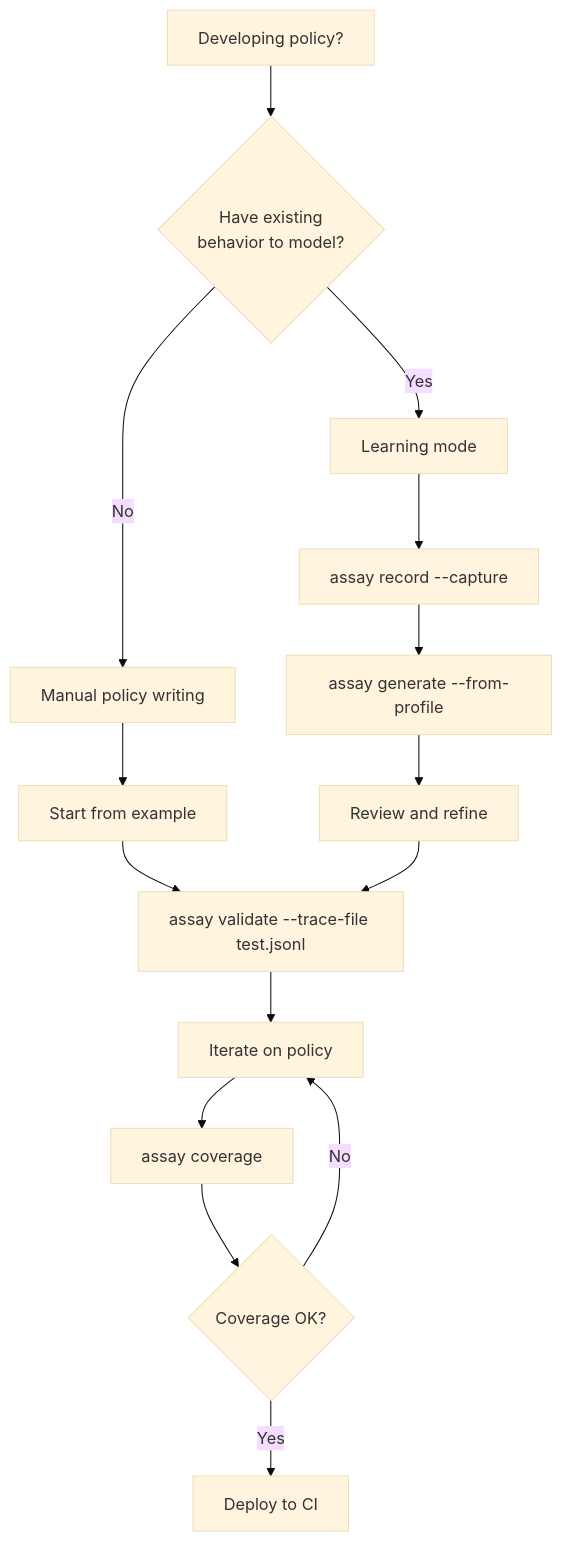
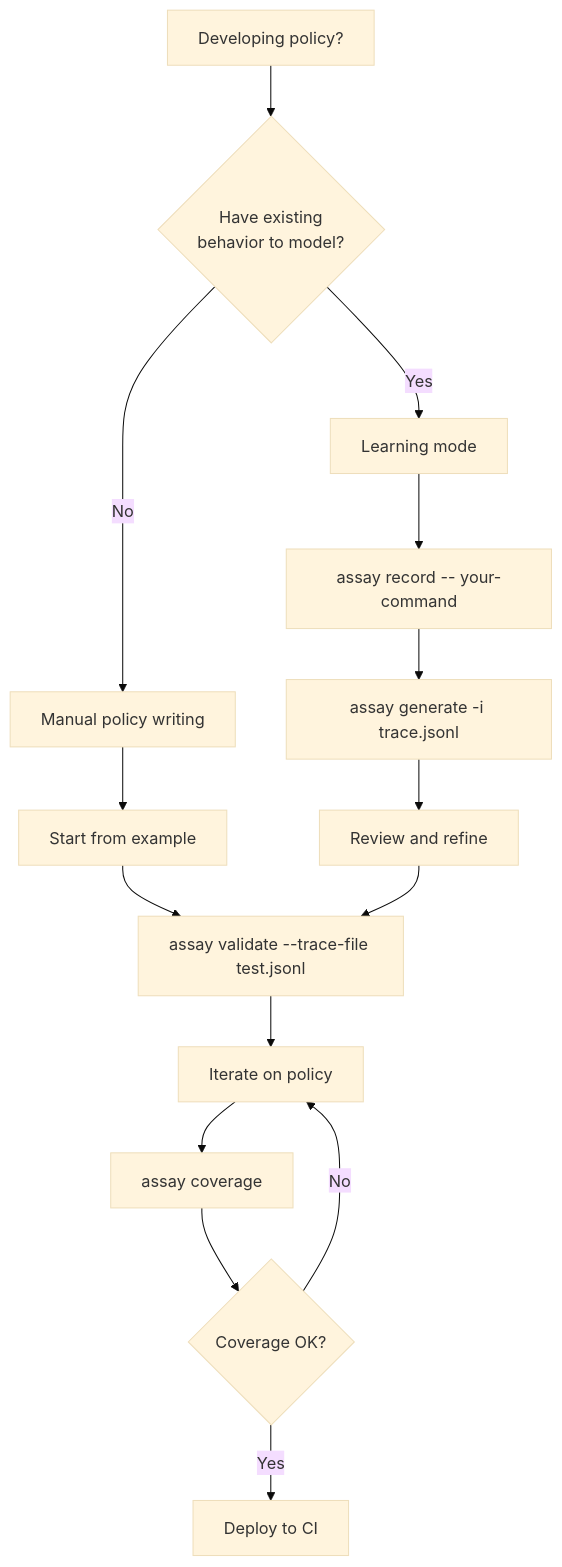
One commit to Rul1an/assay changed the fourth of 7 diagrams in docs/AIcontext/decision-trees.md. Above: the diagram before and after it, drawn with Mermaid (base theme). The commit also changed other lines of this file and 49 other files, not shown here.

````diff
--- a/docs/AIcontext/decision-trees.md
+++ b/docs/AIcontext/decision-trees.md
@@ -87,20 +87,20 @@
 ```mermaid
 flowchart TD
     START[Developing policy?] --> EXISTING{Have existing<br/>behavior to model?}
 
     EXISTING -->|Yes| LEARNING[Learning mode]
-    LEARNING --> RECORD[assay record --capture]
-    RECORD --> GENERATE[assay generate --from-profile]
+    LEARNING --> RECORD[assay record -- your-command]
+    RECORD --> GENERATE[assay generate -i trace.jsonl]
     GENERATE --> REVIEW[Review and refine]
 
     EXISTING -->|No| MANUAL[Manual policy writing]
     MANUAL --> TEMPLATE[Start from example]
     TEMPLATE --> VALIDATE[assay validate --trace-file test.jsonl]
     VALIDATE --> ITERATE[Iterate on policy]
 
     REVIEW --> VALIDATE
     ITERATE --> COVERAGE[assay coverage]
     COVERAGE --> DONE{Coverage OK?}
     DONE -->|No| ITERATE
     DONE -->|Yes| DEPLOY[Deploy to CI]
 ```
````
